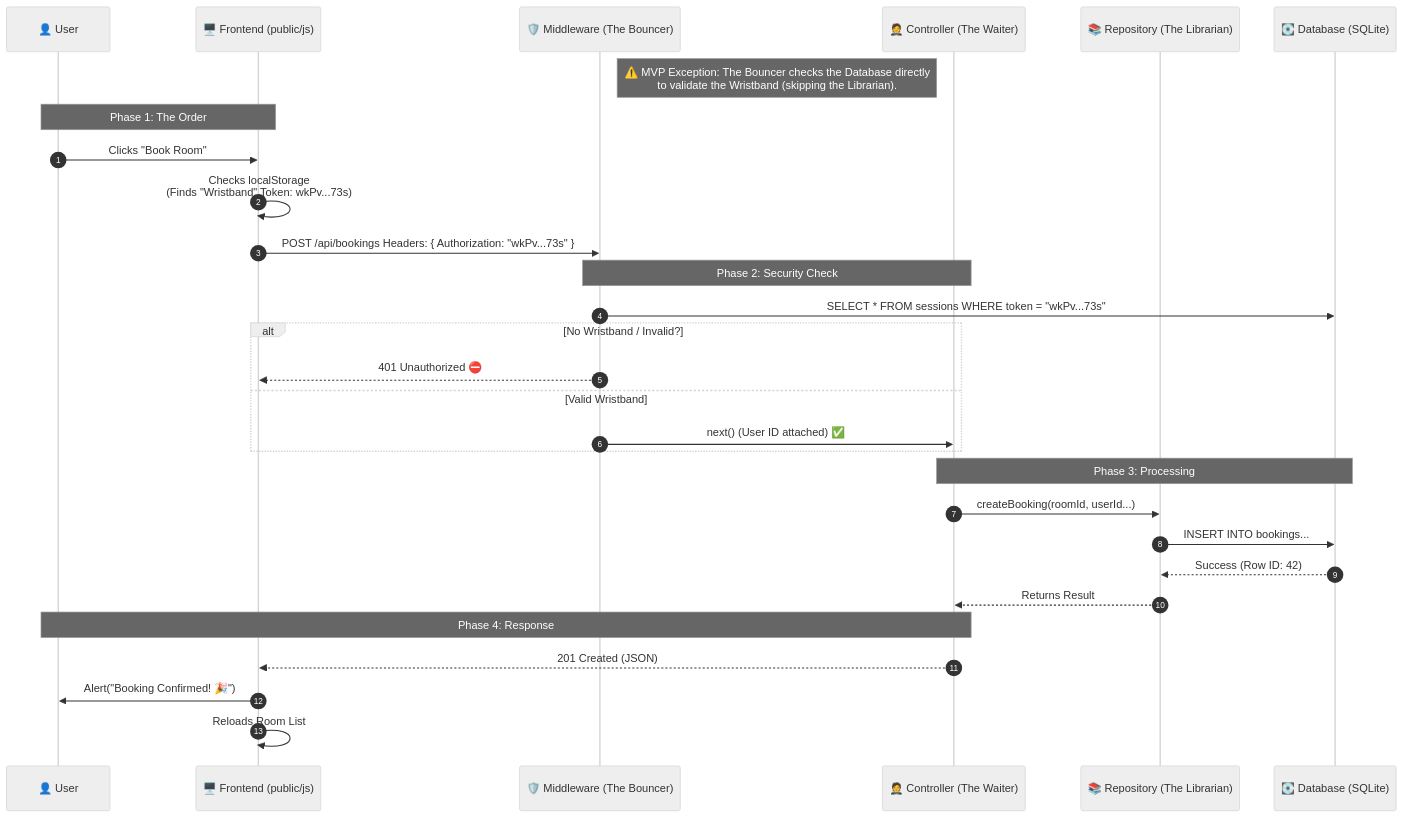
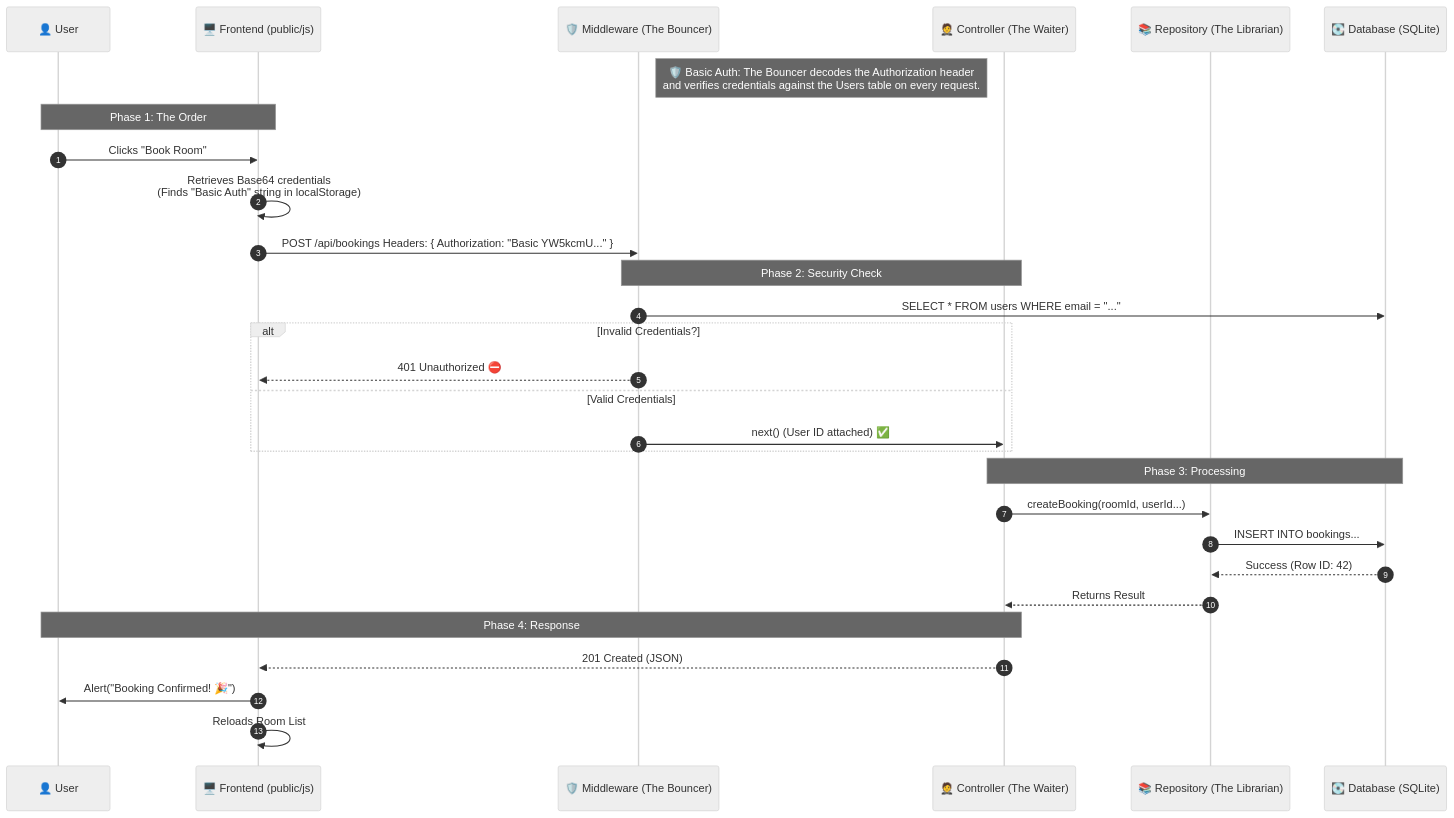
One commit to discovicke/ella-room-booking-system changed the first of 2 diagrams in DIAGRAMS.MD. Above: the diagram before and after it, drawn with Mermaid (neutral theme). The commit also changed other lines of this file and 7 other files, not shown here.

Commit message:
revert docs and db on session based auth, moving to basic auth (stateless) instead

````diff
--- a/DIAGRAMS.MD
+++ b/DIAGRAMS.MD
@@ -3,36 +3,36 @@
 ```mermaid
 sequenceDiagram
     autonumber
     participant User as 👤 User
     participant Frontend as 🖥️ Frontend (public/js)
     participant Middleware as 🛡️ Middleware (The Bouncer)
     participant Controller as 🤵 Controller (The Waiter)
     participant Repo as 📚 Repository (The Librarian)
     participant DB as 💽 Database (SQLite)
 
-    Note right of Middleware: ⚠️ MVP Exception: The Bouncer checks the Database directly<br/>to validate the Wristband (skipping the Librarian).
+    Note right of Middleware: 🛡️ Basic Auth: The Bouncer decodes the Authorization header<br/>and verifies credentials against the Users table on every request.
 
     Note over User, Frontend: Phase 1: The Order
     User->>Frontend: Clicks "Book Room"
-    Frontend->>Frontend: Checks localStorage<br/>(Finds "Wristband" Token: wkPv...73s)
-    Frontend->>Middleware: POST /api/bookings Headers: { Authorization: "wkPv...73s" }
+    Frontend->>Frontend: Retrieves Base64 credentials<br/>(Finds "Basic Auth" string in localStorage)
+    Frontend->>Middleware: POST /api/bookings Headers: { Authorization: "Basic YW5kcmU..." }
 
     Note over Middleware, Controller: Phase 2: Security Check
-    Middleware->>DB: SELECT * FROM sessions WHERE token = "wkPv...73s"
-    alt No Wristband / Invalid?
+    Middleware->>DB: SELECT * FROM users WHERE email = "..."
+    alt Invalid Credentials?
         Middleware-->>Frontend: 401 Unauthorized ⛔
-    else Valid Wristband
+    else Valid Credentials
         Middleware->>Controller: next() (User ID attached) ✅
     end
 
     Note over Controller, DB: Phase 3: Processing
     Controller->>Repo: createBooking(roomId, userId...)
     Repo->>DB: INSERT INTO bookings...
     DB-->>Repo: Success (Row ID: 42)
     Repo-->>Controller: Returns Result
 
     Note over Controller, User: Phase 4: Response
     Controller-->>Frontend: 201 Created (JSON)
     Frontend->>User: Alert("Booking Confirmed! 🎉")
     Frontend->>Frontend: Reloads Room List
 ```
````
